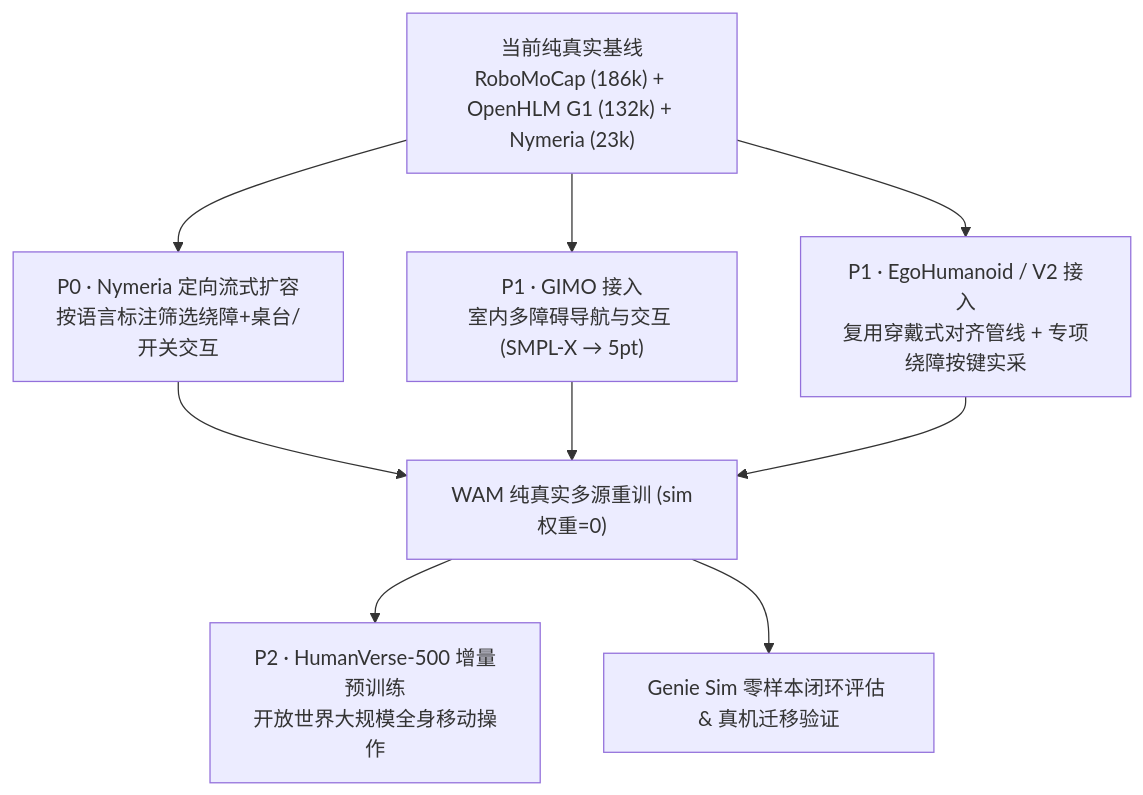
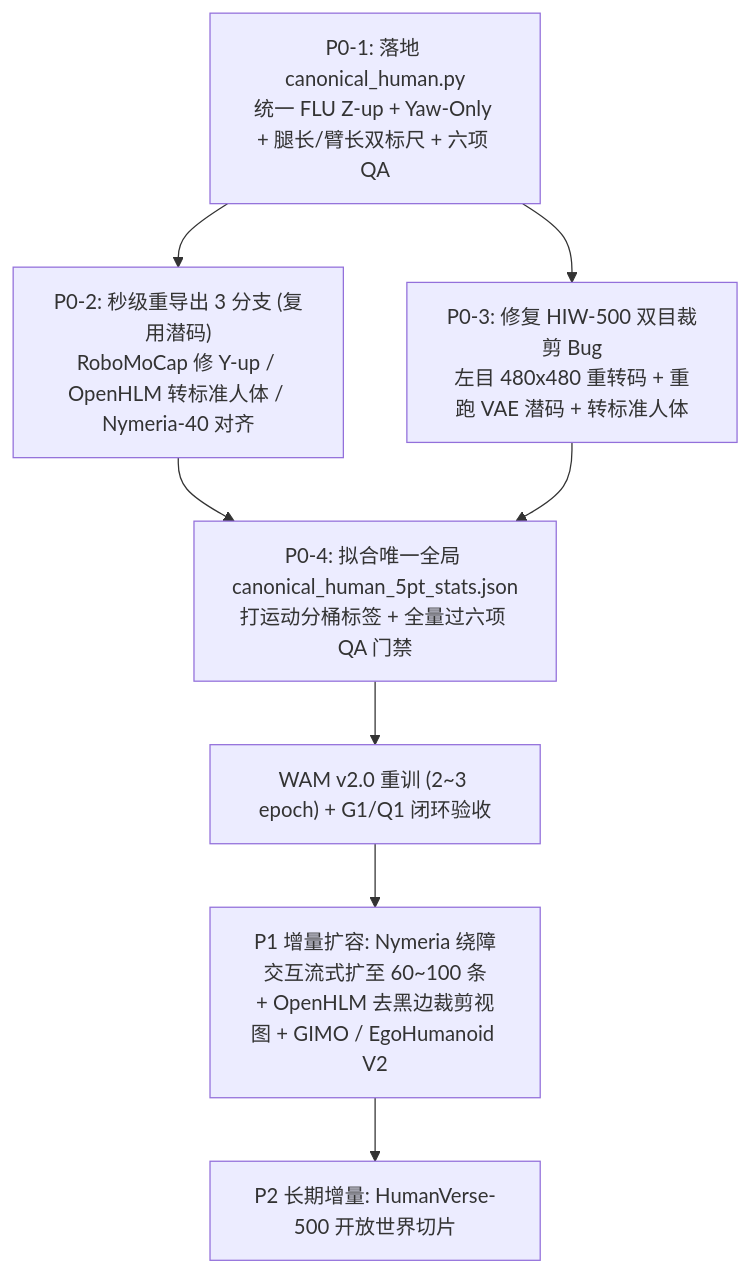
Before and after one commit to kyokagong/wammimic: the diagram in docs/train/p1-data-next-steps-guide.md, drawn with Mermaid. The commit also changed other lines of this file and 29 other files, not shown here.

````diff
--- a/docs/train/p1-data-next-steps-guide.md
+++ b/docs/train/p1-data-next-steps-guide.md
@@ -29,11 +10,10 @@
 ```mermaid
 flowchart TD
-    S["当前纯真实基线<br/>RoboMoCap (186k) + OpenHLM G1 (132k) + Nymeria (23k)"] --> P0["P0 · Nymeria 定向流式扩容<br/>按语言标注筛选绕障+桌台/开关交互"]
-    S --> P1A["P1 · GIMO 接入<br/>室内多障碍导航与交互 (SMPL-X → 5pt)"]
-    S --> P1B["P1 · EgoHumanoid / V2 接入<br/>复用穿戴式对齐管线 + 专项绕障按键实采"]
-    P0 --> T1["WAM 纯真实多源重训 (sim权重=0)"]
-    P1A --> T1
-    P1B --> T1
-    T1 --> P2["P2 · HumanVerse-500 增量预训练<br/>开放世界大规模全身移动操作"]
-    T1 --> E["Genie Sim 零样本闭环评估 & 真机迁移验证"]
+    P0A["P0-1: 落地 canonical_human.py<br/>统一 FLU Z-up + Yaw-Only + 腿长/臂长双标尺 + 六项 QA"] --> P0B["P0-2: 秒级重导出 3 分支 (复用潜码)<br/>RoboMoCap 修 Y-up / OpenHLM 转标准人体 / Nymeria-40 对齐"]
+    P0A --> P0C["P0-3: 修复 HIW-500 双目裁剪 Bug<br/>左目 480x480 重转码 + 重跑 VAE 潜码 + 转标准人体"]
+    P0B --> Norm["P0-4: 拟合唯一全局 canonical_human_5pt_stats.json<br/>打运动分桶标签 + 全量过六项 QA 门禁"]
+    P0C --> Norm
+    Norm --> Retrain["WAM v2.0 重训 (2~3 epoch) + G1/Q1 闭环验收"]
+    Retrain --> P1["P1 增量扩容: Nymeria 绕障交互流式扩至 60~100 条<br/>+ OpenHLM 去黑边裁剪视图 + GIMO / EgoHumanoid V2"]
+    P1 --> P2["P2 长期增量: HumanVerse-500 开放世界切片"]
 ```
````
